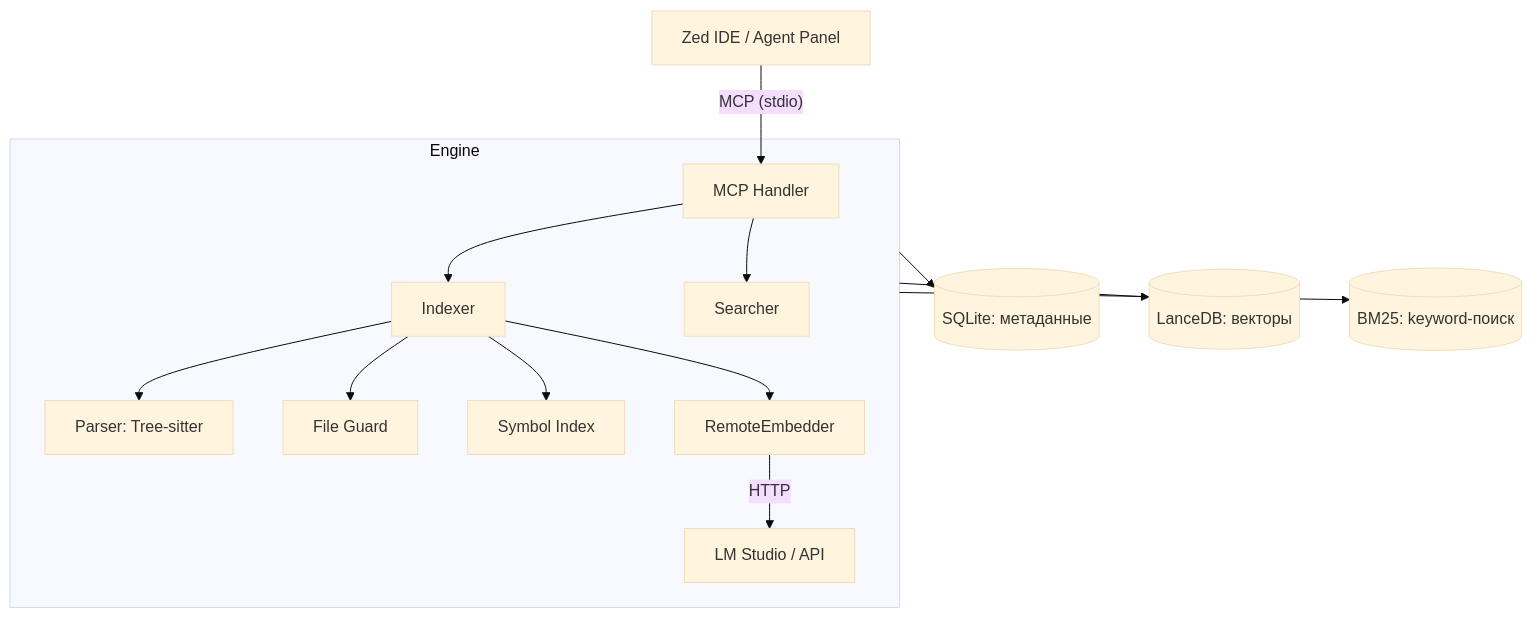
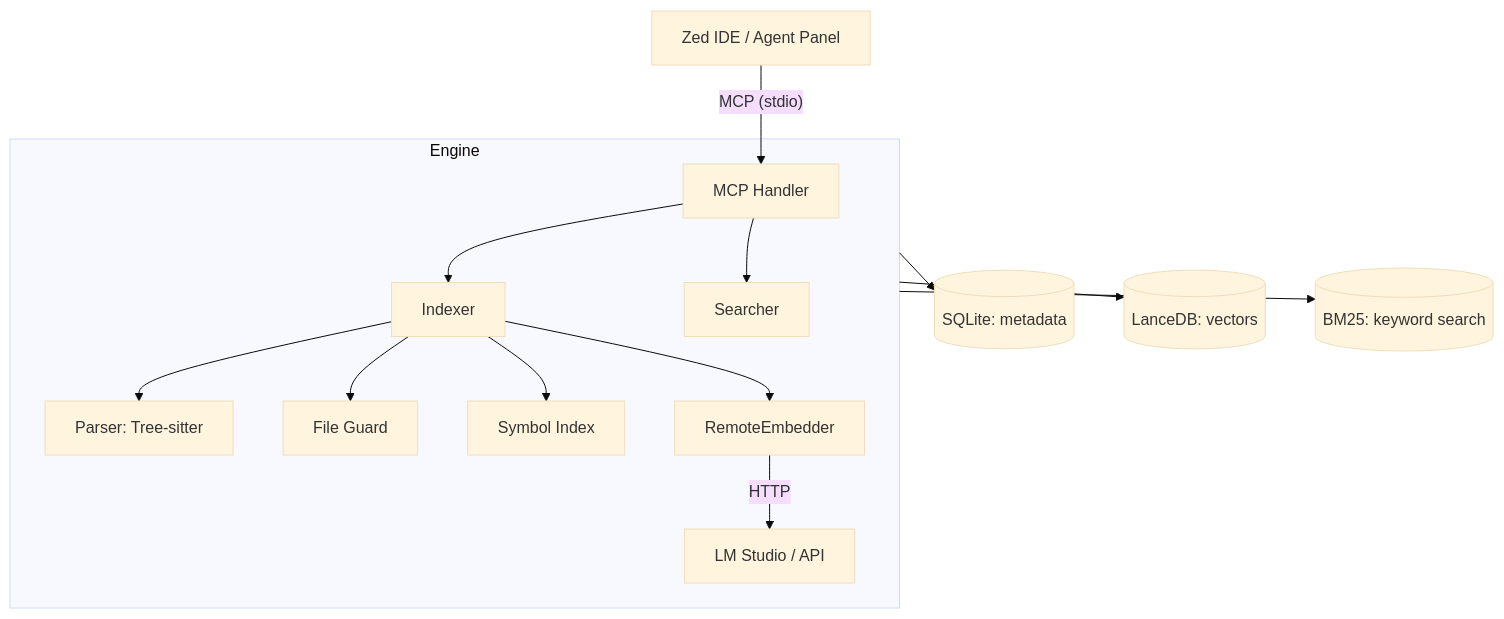
One commit to ManSio/mscodebase-intelligence changed the diagram in README.md. Above: the diagram before and after it, drawn with Mermaid (base theme). The commit also changed other lines of this file and 2 other files, not shown here.

````diff
--- a/README.md
+++ b/README.md
@@ -93,16 +105,16 @@
 ```mermaid
 graph TD
     Zed[Zed IDE / Agent Panel] -- MCP (stdio) --> Handler[MCP Handler]
     subgraph Engine
         Handler --> Indexer[Indexer]
         Handler --> Searcher[Searcher]
         Indexer --> Parser[Parser: Tree-sitter]
         Indexer --> FileGuard[File Guard]
         Indexer --> SymbolIdx[Symbol Index]
         Indexer --> RemoteEmbedder[RemoteEmbedder]
         RemoteEmbedder -- HTTP --> LMStudio[LM Studio / API]
     end
-    Engine --> SQLite[(SQLite: метаданные)]
-    Engine --> LanceDB[(LanceDB: векторы)]
-    Engine --> BM25[(BM25: keyword-поиск)]
+    Engine --> SQLite[(SQLite: metadata)]
+    Engine --> LanceDB[(LanceDB: vectors)]
+    Engine --> BM25[(BM25: keyword search)]
 ```
````
